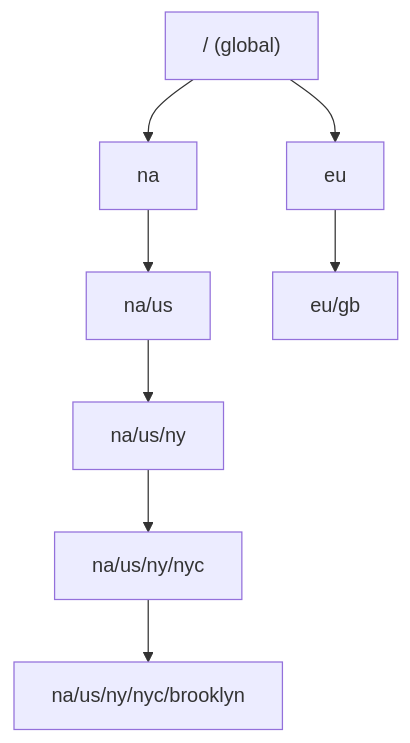
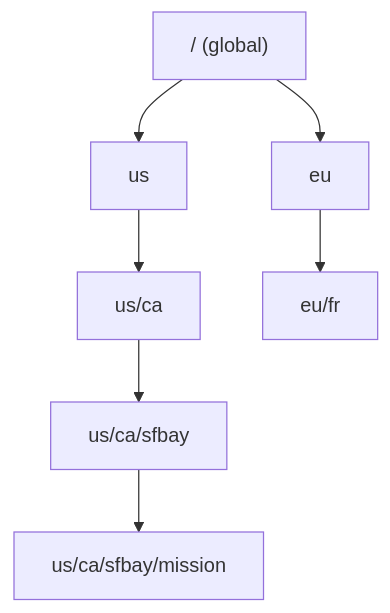
One commit to adsouza/votasq changed the eighth of 10 diagrams in ARCHITECTURE.md. Above: the diagram before and after it, drawn with Mermaid. The commit also changed other lines of this file, not shown here.

Commit message:
Correct geoscope examples in arch doc.

````diff
--- a/ARCHITECTURE.md
+++ b/ARCHITECTURE.md
@@ -252,11 +252,10 @@
 ```mermaid
 graph TD
     Root["/  (global)"]
-    Root --> NA["na"]
+    Root --> USA["us"]
     Root --> EU["eu"]
-    NA --> US["na/us"]
-    US --> NY["na/us/ny"]
-    NY --> NYC["na/us/ny/nyc"]
-    NYC --> BK["na/us/ny/nyc/brooklyn"]
-    EU --> GB["eu/gb"]
+    USA --> CA["us/ca"]
+    CA --> SF["us/ca/sfbay"]
+    SF --> Mission["us/ca/sfbay/mission"]
+    EU --> France["eu/fr"]
 ```
````
